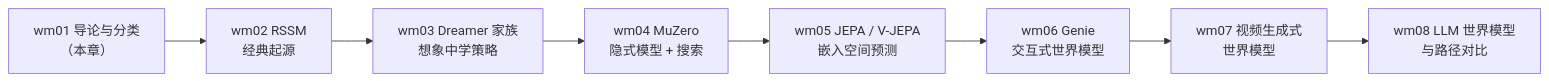
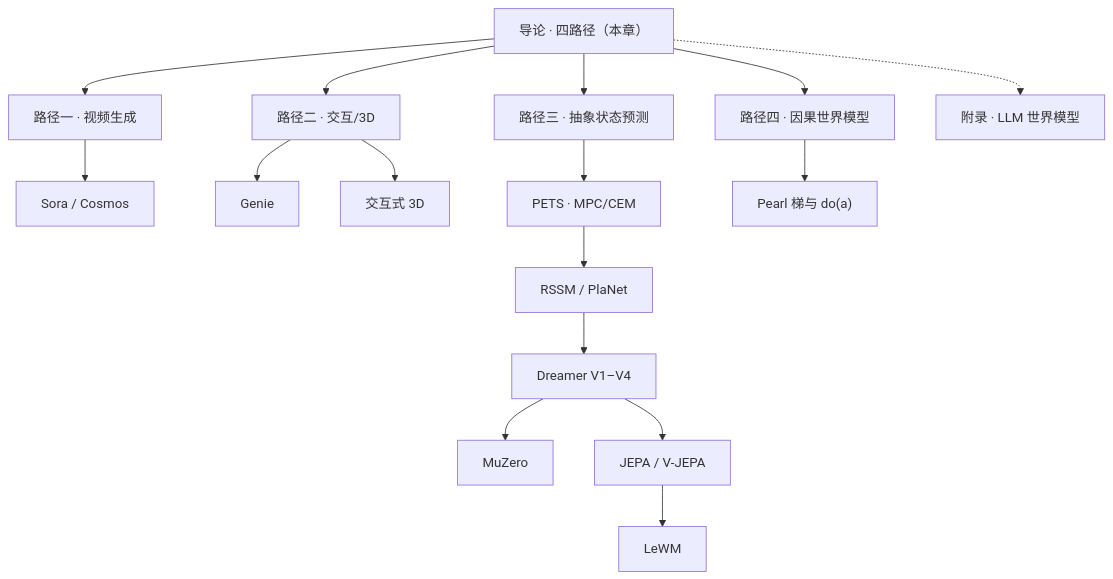
One commit to DeconBear/notebook changed the diagram in docs/world-models/intro/index.md. Above: the diagram before and after it, drawn with Mermaid. The commit also changed other lines of this file and 138 other files, not shown here.

````diff
--- a/docs/world-models/intro/index.md
+++ b/docs/world-models/intro/index.md
@@ -145,10 +103,18 @@
 ```mermaid
-flowchart LR
-    wm01["wm01 导论与分类<br/>（本章）"] --> wm02["wm02 RSSM<br/>经典起源"]
-    wm02 --> wm03["wm03 Dreamer 家族<br/>想象中学策略"]
-    wm03 --> wm04["wm04 MuZero<br/>隐式模型 + 搜索"]
-    wm04 --> wm05["wm05 JEPA / V-JEPA<br/>嵌入空间预测"]
-    wm05 --> wm06["wm06 Genie<br/>交互式世界模型"]
-    wm06 --> wm07["wm07 视频生成式<br/>世界模型"]
-    wm07 --> wm08["wm08 LLM 世界模型<br/>与路径对比"]
+flowchart TB
+    intro["导论 · 四路径（本章）"] --> p1["路径一 · 视频生成"]
+    intro --> p2["路径二 · 交互/3D"]
+    intro --> p3["路径三 · 抽象状态预测"]
+    intro --> p4["路径四 · 因果世界模型"]
+    p1 --> video["Sora / Cosmos"]
+    p2 --> genie["Genie"]
+    p2 --> scene["交互式 3D"]
+    p3 --> pets["PETS · MPC/CEM"]
+    pets --> rssm["RSSM / PlaNet"]
+    rssm --> dreamer["Dreamer V1–V4"]
+    dreamer --> muzero["MuZero"]
+    dreamer --> jepa["JEPA / V-JEPA"]
+    jepa --> lewm["LeWM"]
+    p4 --> causal["Pearl 梯与 do(a)"]
+    intro -.-> llm["附录 · LLM 世界模型"]
 ```
````
